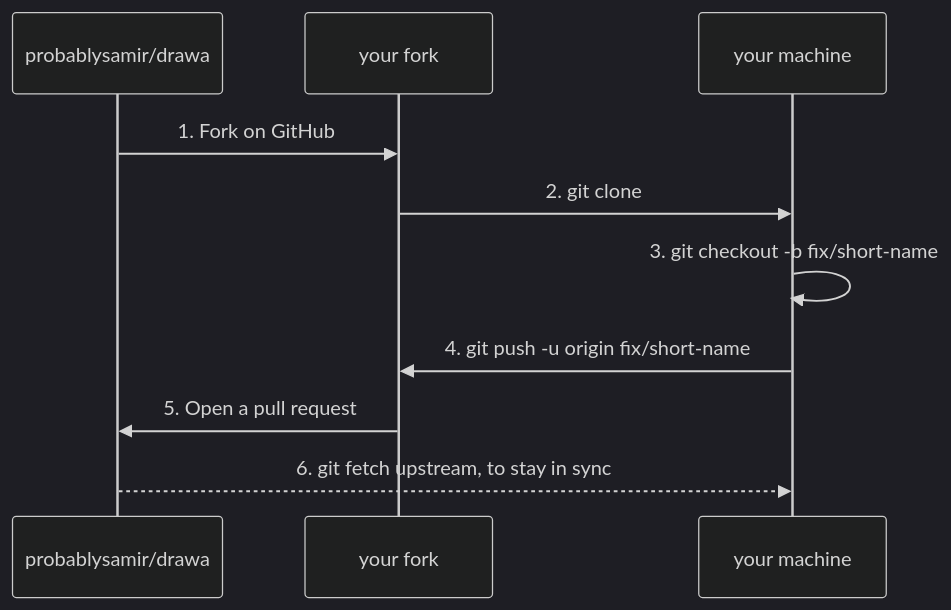
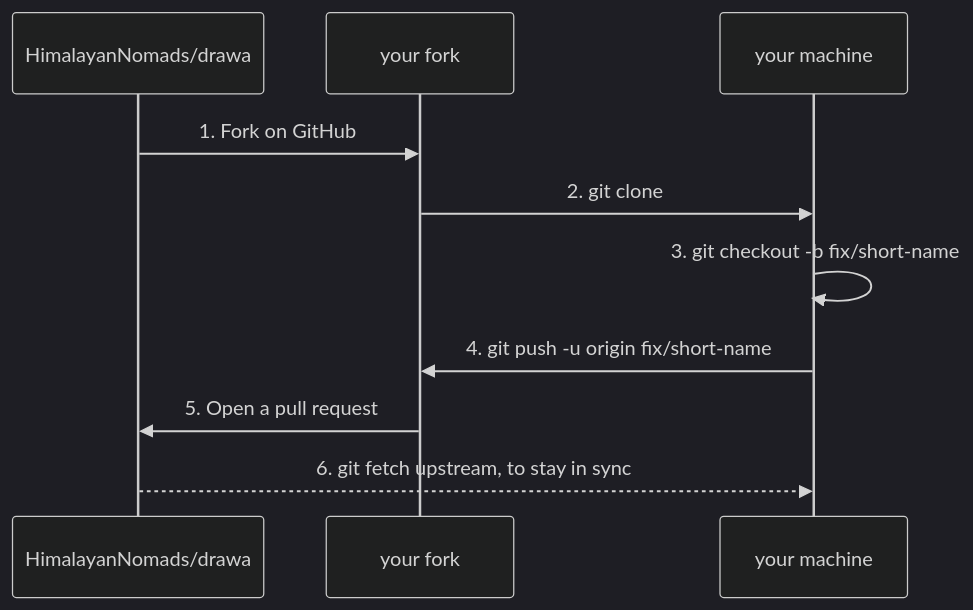
The first of 2 diagrams in CONTRIBUTING.md (AK-Lmn/drawa), drawn with Mermaid (dark theme) before and after one commit. The commit also changed other lines of this file and 9 other files, not shown here.

First line of the commit message:
Point links and the updater at HimalayanNomads/drawa

````diff
--- a/CONTRIBUTING.md
+++ b/CONTRIBUTING.md
@@ -64,12 +64,12 @@
 ```mermaid
 sequenceDiagram
-  participant U as probablysamir/drawa
+  participant U as HimalayanNomads/drawa
   participant F as your fork
   participant L as your machine
   U->>F: 1. Fork on GitHub
   F->>L: 2. git clone
   L->>L: 3. git checkout -b fix/short-name
   L->>F: 4. git push -u origin fix/short-name
   F->>U: 5. Open a pull request
   U-->>L: 6. git fetch upstream, to stay in sync
 ```
````
